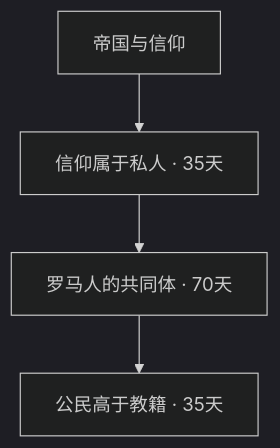
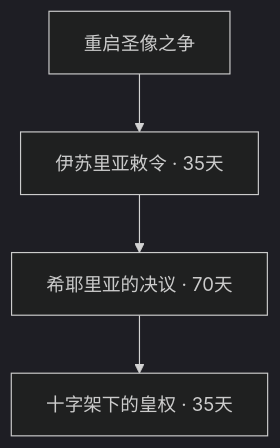
One commit to Harry-Liu23/Heart-Of-Iron-Roma-Empire-Mod changed the seventh of 22 diagrams in docs/当前完整国策与效果.md. Above: the diagram before and after it, drawn with Mermaid (dark theme). The commit also changed other lines of this file and 29 other files, not shown here.

````diff
--- a/docs/当前完整国策与效果.md
+++ b/docs/当前完整国策与效果.md
@@ -272,10 +258,10 @@
 ```mermaid
 flowchart TD
-    RR_private_faith["信仰属于私人 · 35天"]
-    RR_faith["帝国与信仰"]
+    RR_private_faith["伊苏里亚敕令 · 35天"]
+    RR_faith["重启圣像之争"]
     RR_faith --> RR_private_faith
-    RR_roman_community["罗马人的共同体 · 70天"]
+    RR_roman_community["希耶里亚的决议 · 70天"]
     RR_private_faith --> RR_roman_community
-    RR_citizen_above_creed["公民高于教籍 · 35天"]
+    RR_citizen_above_creed["十字架下的皇权 · 35天"]
     RR_roman_community --> RR_citizen_above_creed
 ```
````
